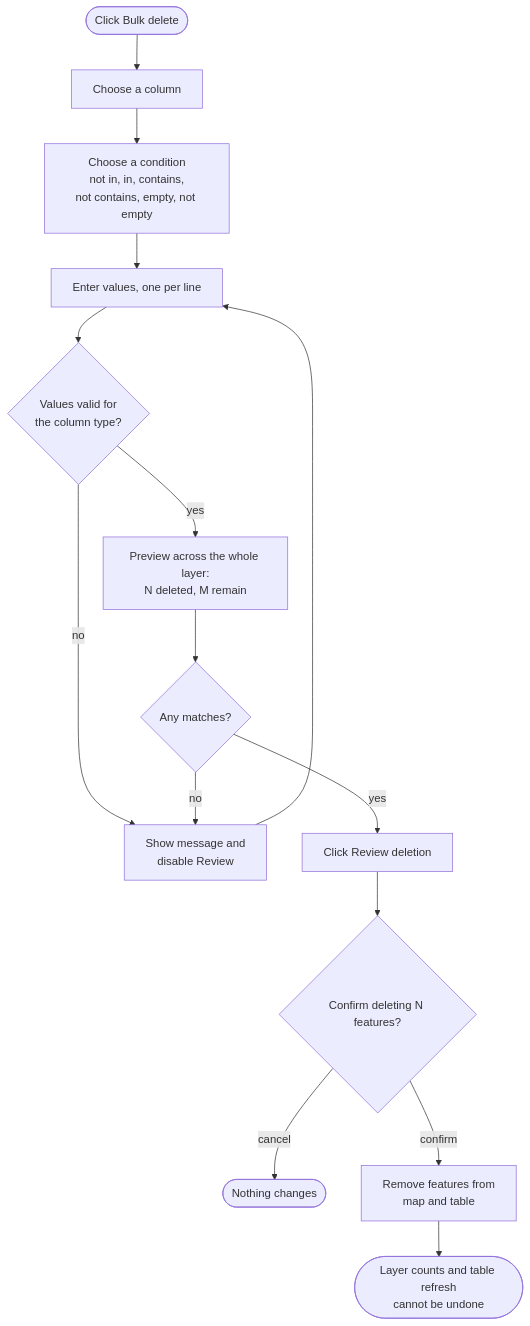
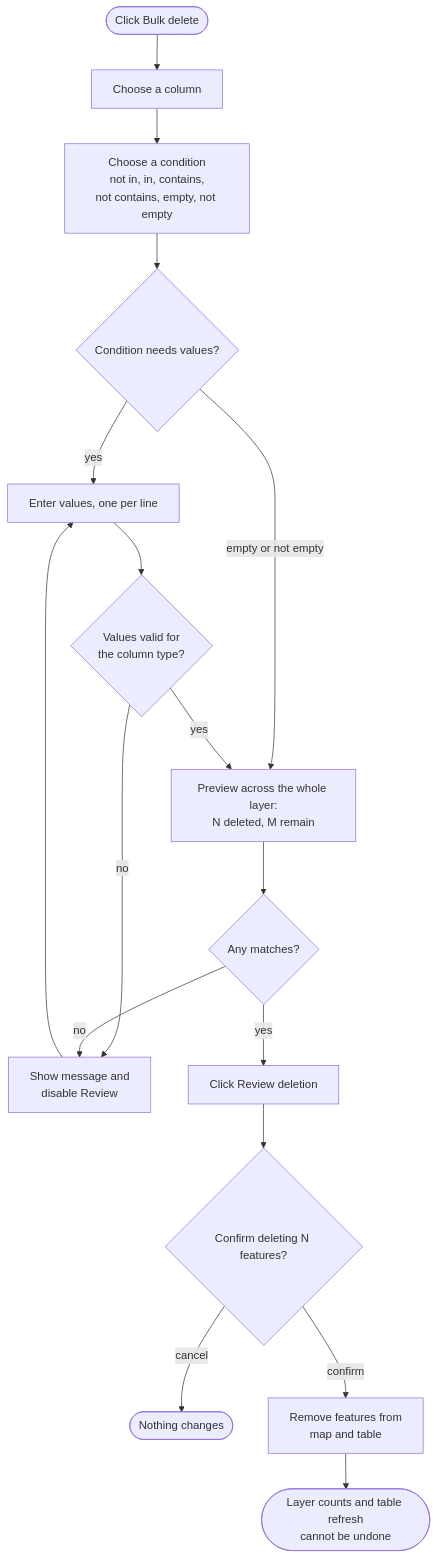
The fourth of 9 diagrams in FLOWCHART.md (telstra-joseph/geoeditor), drawn with Mermaid before and after one commit. The commit also changed other lines of this file and 2 other files, not shown here.

First line of the commit message:
Version 1.0: Update feature documentation, flowcharts, and help

````diff
--- a/FLOWCHART.md
+++ b/FLOWCHART.md
@@ -103,17 +123,19 @@
 ```mermaid
 flowchart TD
     A(["Click Bulk delete"]) --> B["Choose a column"]
     B --> C["Choose a condition<br/>not in, in, contains,<br/>not contains, empty, not empty"]
-    C --> D["Enter values, one per line"]
+    C --> NeedsValues{"Condition needs values?"}
+    NeedsValues -->|"yes"| D["Enter values, one per line"]
+    NeedsValues -->|"empty or not empty"| G
     D --> E{"Values valid for<br/>the column type?"}
     E -->|"no"| F["Show message and<br/>disable Review"]
     F --> D
     E -->|"yes"| G["Preview across the whole layer:<br/>N deleted, M remain"]
     G --> H{"Any matches?"}
     H -->|"no"| F
     H -->|"yes"| I["Click Review deletion"]
     I --> J{"Confirm deleting N features?"}
     J -->|"cancel"| K(["Nothing changes"])
     J -->|"confirm"| L["Remove features from<br/>map and table"]
     L --> M(["Layer counts and table refresh<br/>cannot be undone"])
 ```
````
